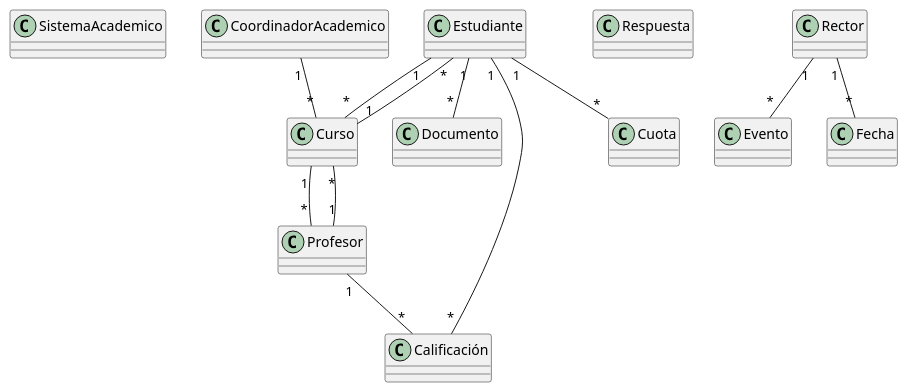
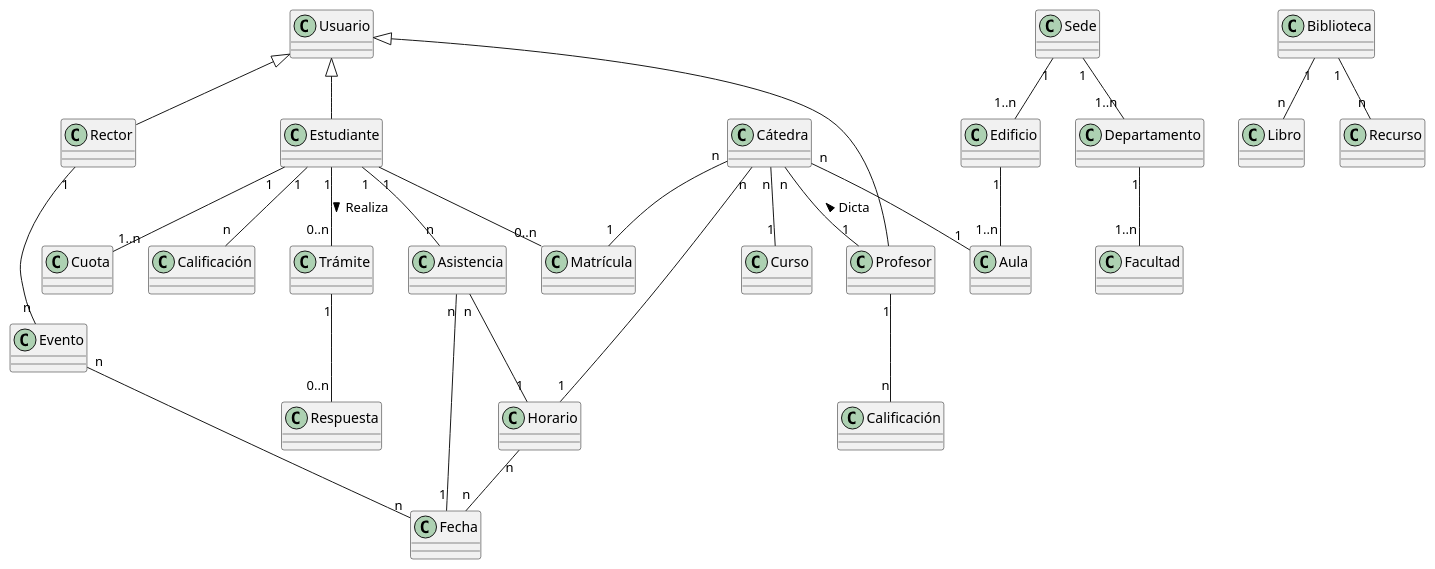
One commit to kristhyanlz/Conceptual-Academico changed the diagram in conceptual.wsd. Above: the diagram before and after it, drawn with PlantUML. The commit also changed 3 other files, not shown here.

```diff
--- a/conceptual.wsd
+++ b/conceptual.wsd
@@ -1,33 +1,66 @@
 @startuml Conceptual Academico
 ' Alt + D: Generar Diagrama
-class SistemaAcademico
+class Usuario
+class Profesor
+class Estudiante
 
-class Estudiante
 class Curso
-class Documento
+class "Cátedra" as Catedra
+class "Matrícula" as Matricula
+class Horario
+class Aula
+
+class Asistencia
+
+class "Trámite" as Tramite
 class Respuesta
-class Calificación
+class "Calificación" as Calificacion
 class Cuota
-class Profesor
+class Fecha
+
 class Rector
 class Evento
-class Fecha
-class CoordinadorAcademico
 
-Estudiante "1" -- "*" Curso
-Estudiante "1" -- "*" Documento
-Estudiante "1" -- "*" Calificación
-Estudiante "1" -- "*" Cuota
+class Biblioteca
+class Libro
+class Recurso
 
-Curso "1" -- "*" Estudiante
-Curso "1" -- "*" Profesor
+Usuario <|-- Profesor
+Usuario <|-- Estudiante
+'Un rector siempre es un profesor?
+Usuario <|-- Rector 
 
-Profesor "1" -- "*" Curso
-Profesor "1" -- "*" Calificación
+Estudiante "1" -- "0..n"  Tramite: Realiza >
+Tramite "1" -- "0..n"     Respuesta
+Estudiante "1" -- "n"     Calificación
+Estudiante "1" -- "1..n"  Cuota
+Estudiante "1" -- "0..n"  Matricula
+Estudiante "1" -- "n"     Asistencia
 
-Rector "1" -- "*" Evento
-Rector "1" -- "*" Fecha
+Catedra "n" -- "1" Curso
+Catedra "n" -- "1" Matricula
+Catedra "n" -- "1" Profesor: Dicta <
+Catedra "n" -- "1" Horario
+Catedra "n" -- "1" Aula
 
-CoordinadorAcademico "1" -- "*" Curso
+Horario "n" -- "n" Fecha
+
+Asistencia "n" -- "1" Horario
+Asistencia "n" -- "1" Fecha
+
+Profesor "1" -- "n" Calificacion
+
+Rector "1" -- "n" Evento
+
+Evento "n" -- "n" Fecha
+
+Biblioteca "1" -- "n" Libro
+Biblioteca "1" -- "n" Recurso
+
+Sede "1" -- "1..n" Edificio
+Sede "1" -- "1..n" Departamento
+Departamento "1" -- "1..n" Facultad
+
+Edificio "1" -- "1..n" Aula
 
 @enduml
```
